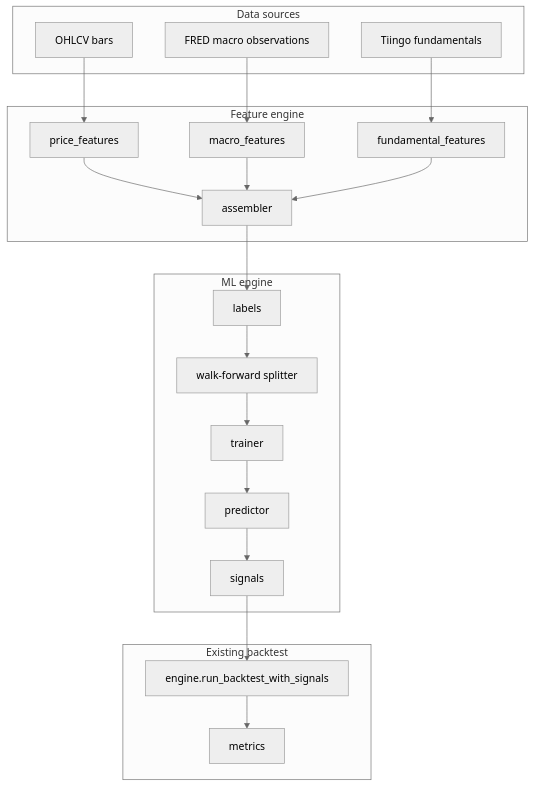
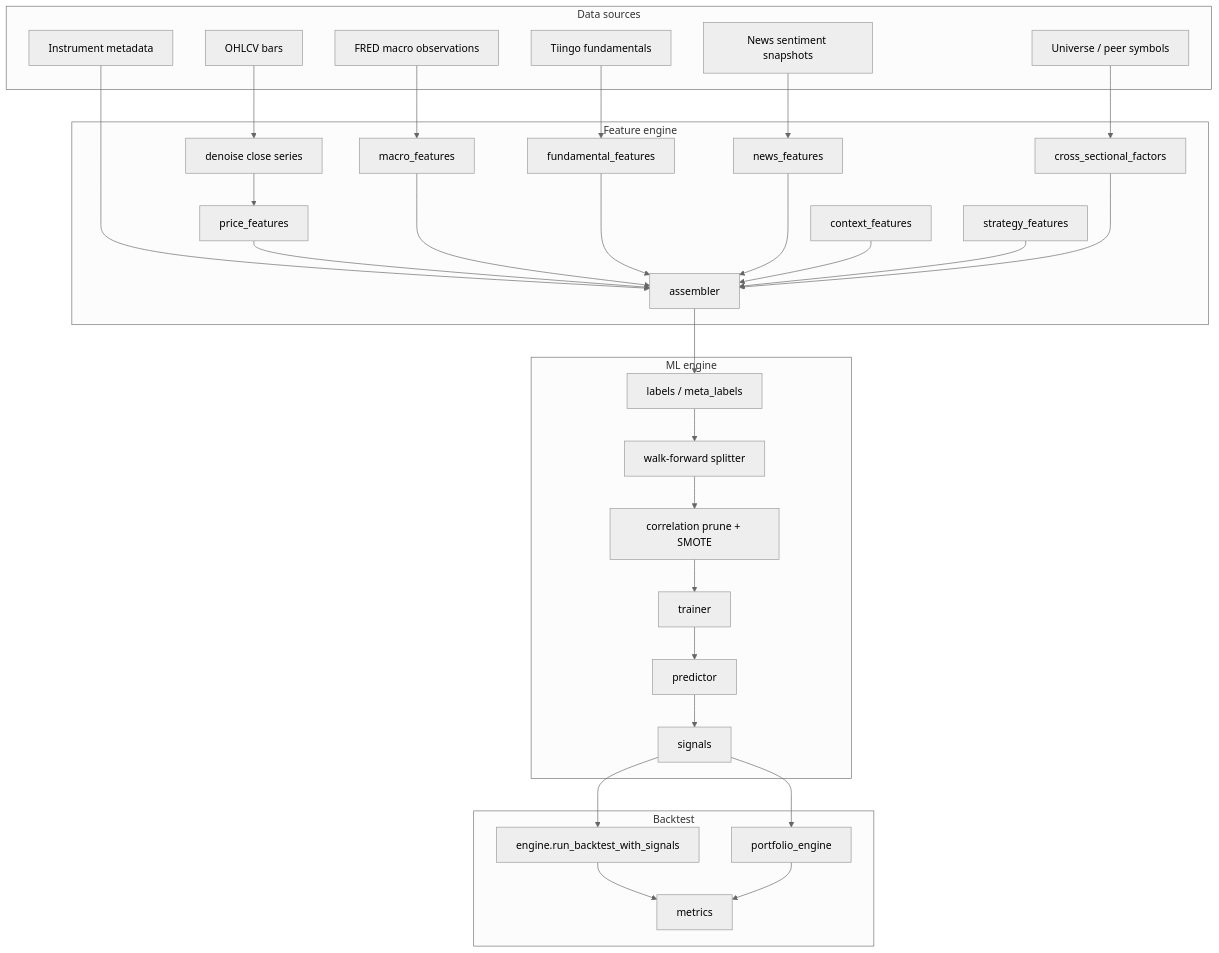
One commit to pos3idon03/trading-app changed the first of 2 diagrams in ML_MANUAL.md. Above: the diagram before and after it, drawn with Mermaid (neutral theme). The commit also changed other lines of this file and 300 other files, not shown here.

````diff
--- a/ML_MANUAL.md
+++ b/ML_MANUAL.md
@@ -45,36 +105,55 @@
 ```mermaid
 flowchart TB
   subgraph data [Data sources]
     OHLCV[OHLCV bars]
     Macro[FRED macro observations]
     Fund[Tiingo fundamentals]
+    News[News sentiment snapshots]
+    Meta[Instrument metadata]
+    Universe[Universe / peer symbols]
   end
 
-  subgraph features [Feature engine]
+  subgraph prep [Feature engine]
+    Denoise[denoise close series]
     PF[price_features]
     MF[macro_features]
     FF[fundamental_features]
+    NF[news_features]
+    CTX[context_features]
+    STRAT[strategy_features]
+    CSF[cross_sectional_factors]
     ASM[assembler]
   end
 
   subgraph ml [ML engine]
-    LAB[labels]
+    LAB[labels / meta_labels]
     SPLIT[walk-forward splitter]
+    PRUNE[correlation prune + SMOTE]
     TRAIN[trainer]
     PRED[predictor]
     SIG[signals]
   end
 
-  subgraph bt [Existing backtest]
+  subgraph bt [Backtest]
     ENG[engine.run_backtest_with_signals]
+    PORT[portfolio_engine]
     MET[metrics]
   end
 
-  OHLCV --> PF
+  OHLCV --> Denoise --> PF
   Macro --> MF
   Fund --> FF
+  News --> NF
+  Meta --> ASM
+  Universe --> CSF
   PF --> ASM
   MF --> ASM
   FF --> ASM
-  ASM --> LAB --> SPLIT --> TRAIN --> PRED --> SIG --> ENG --> MET
+  NF --> ASM
+  CTX --> ASM
+  STRAT --> ASM
+  CSF --> ASM
+  ASM --> LAB --> SPLIT --> PRUNE --> TRAIN --> PRED --> SIG
+  SIG --> ENG --> MET
+  SIG --> PORT --> MET
 ```
````
